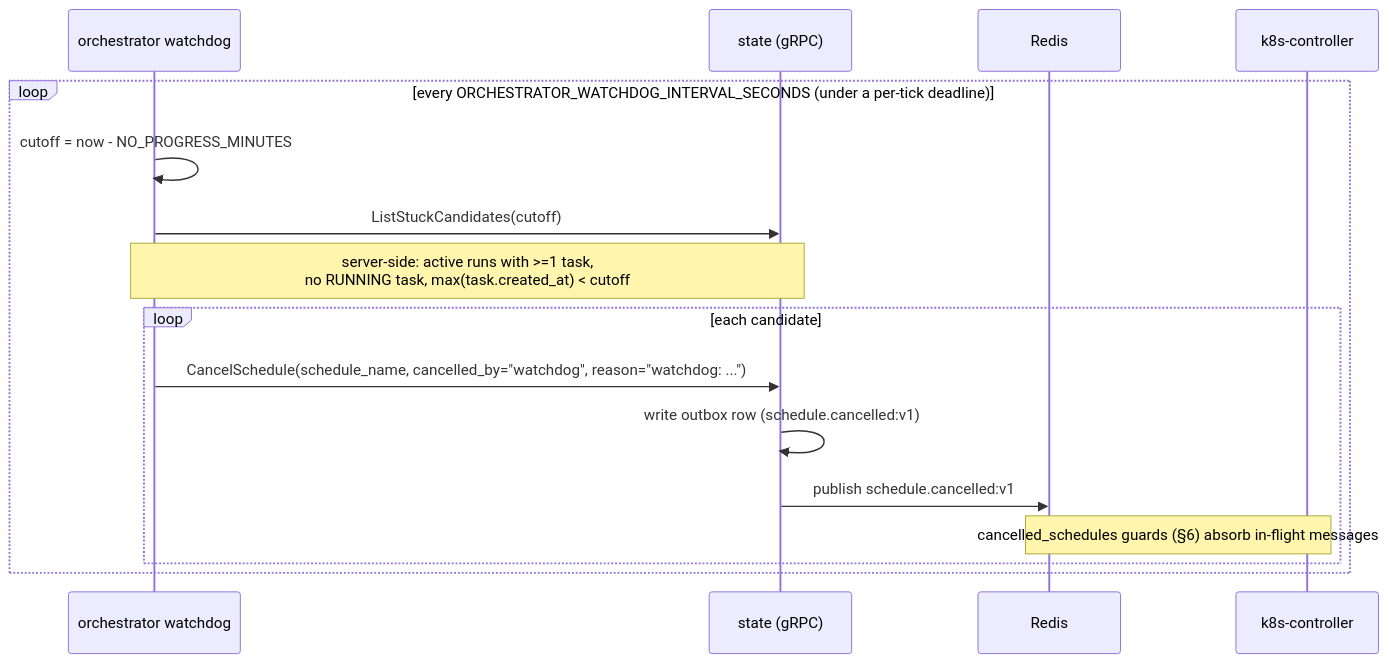
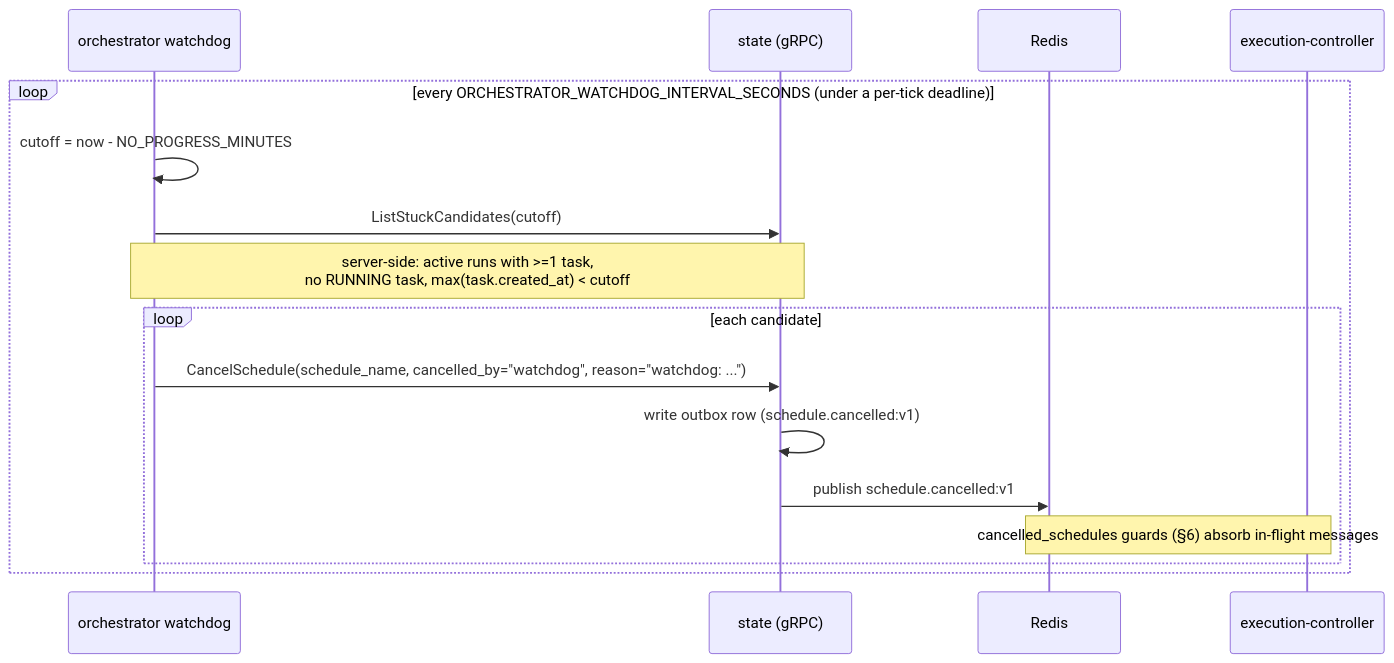
The eighth of 16 diagrams in docs/arch/03-sequence-flows.md (carolsimone/continuo), drawn with Mermaid before and after one commit. The commit also changed other lines of this file and 504 other files, not shown here.

First line of the commit message:
execution-controller: merge executor-controller and k8s-controller into one service (#553)

````diff
--- a/docs/arch/03-sequence-flows.md
+++ b/docs/arch/03-sequence-flows.md
@@ -271,19 +264,19 @@
 ```mermaid
 sequenceDiagram
   participant W as orchestrator watchdog
   participant ST as state (gRPC)
   participant R as Redis
-  participant KC as k8s-controller
+  participant EC as execution-controller
 
   loop every ORCHESTRATOR_WATCHDOG_INTERVAL_SECONDS (under a per-tick deadline)
     W->>W: cutoff = now - NO_PROGRESS_MINUTES
     W->>ST: ListStuckCandidates(cutoff)
     Note over W,ST: server-side: active runs with >=1 task,<br/>no RUNNING task, max(task.created_at) < cutoff
     loop each candidate
       W->>ST: CancelSchedule(schedule_name, cancelled_by="watchdog", reason="watchdog: ...")
       ST->>ST: write outbox row (schedule.cancelled:v1)
       ST->>R: publish schedule.cancelled:v1
-      Note over R,KC: cancelled_schedules guards (§6) absorb in-flight messages
+      Note over R,EC: cancelled_schedules guards (§6) absorb in-flight messages
     end
   end
 ```
````
